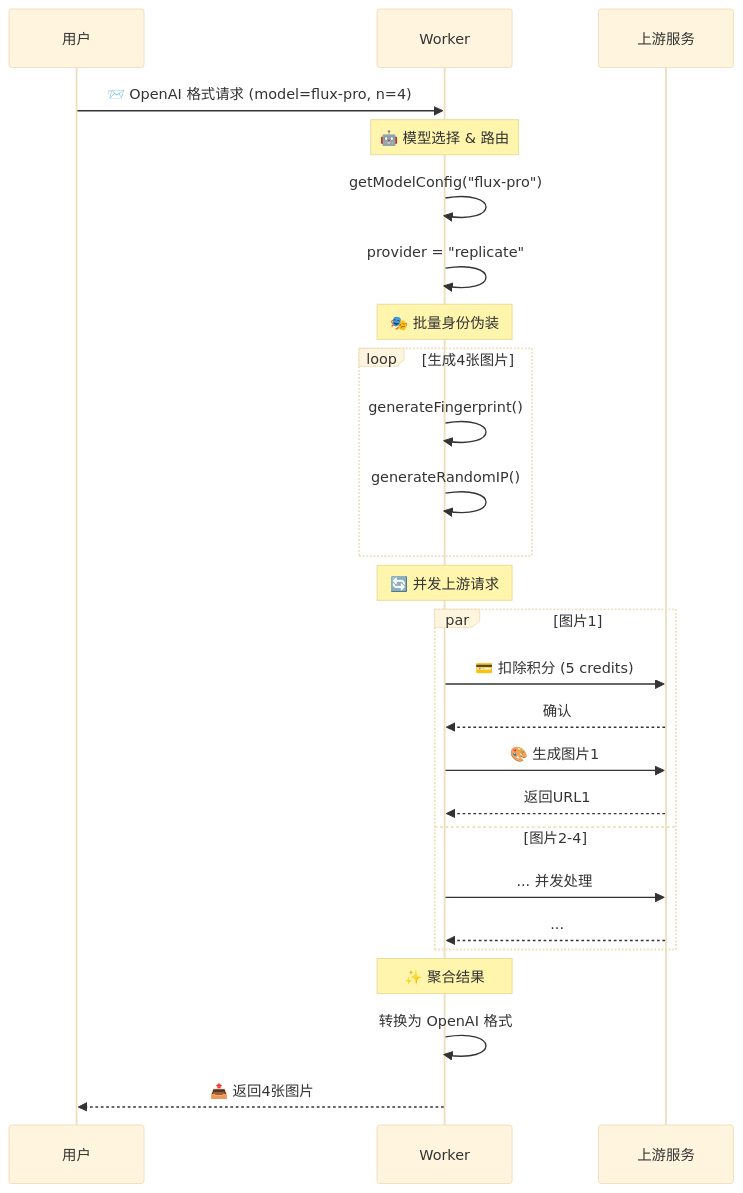
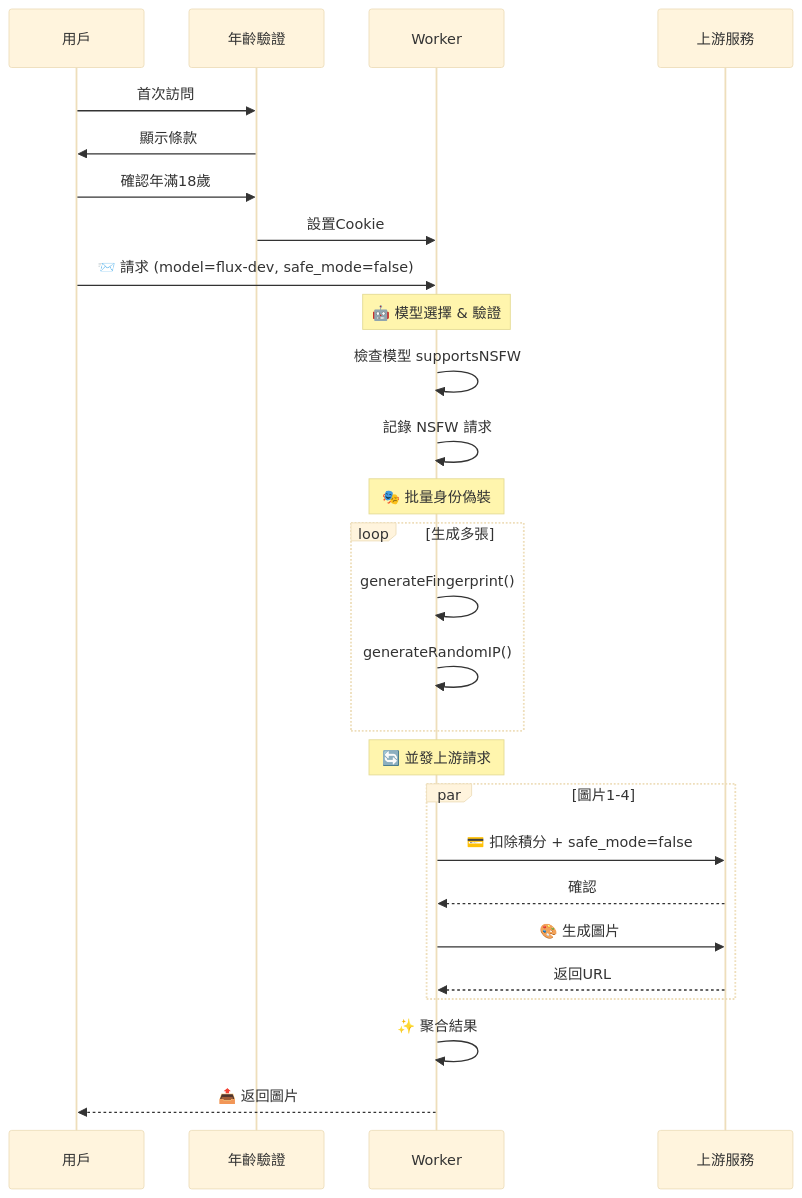
The second of 2 diagrams in README.md (kinai9661/fluxai), drawn with Mermaid (base theme) before and after one commit. The commit also changed other lines of this file, not shown here.

````diff
--- a/README.md
+++ b/README.md
@@ -240,32 +312,34 @@
 ```mermaid
 sequenceDiagram
-    participant U as 用户
+    participant U as 用戶
+    participant V as 年齡驗證
     participant W as Worker
-    participant S as 上游服务
+    participant S as 上游服務
     
-    U->>W: 📨 OpenAI 格式请求 (model=flux-pro, n=4)
-    Note over W: 🤖 模型选择 & 路由
-    W->>W: getModelConfig("flux-pro")
-    W->>W: provider = "replicate"
+    U->>V: 首次訪問
+    V->>U: 顯示條款
+    U->>V: 確認年滿18歲
+    V->>W: 設置Cookie
     
-    Note over W: 🎭 批量身份伪装
-    loop 生成4张图片
+    U->>W: 📨 請求 (model=flux-dev, safe_mode=false)
+    Note over W: 🤖 模型選擇 & 驗證
+    W->>W: 檢查模型 supportsNSFW
+    W->>W: 記錄 NSFW 請求
+    
+    Note over W: 🎭 批量身份偽裝
+    loop 生成多張
         W->>W: generateFingerprint()
         W->>W: generateRandomIP()
     end
     
-    Note over W: 🔄 并发上游请求
-    par 图片1
-        W->>S: 💳 扣除积分 (5 credits)
-        S-->>W: 确认
-        W->>S: 🎨 生成图片1
-        S-->>W: 返回URL1
-    and 图片2-4
-        W->>S: ... 并发处理
-        S-->>W: ...
+    Note over W: 🔄 並發上游請求
+    par 圖片1-4
+        W->>S: 💳 扣除積分 + safe_mode=false
+        S-->>W: 確認
+        W->>S: 🎨 生成圖片
+        S-->>W: 返回URL
     end
     
-    Note over W: ✨ 聚合结果
-    W->>W: 转换为 OpenAI 格式
-    W-->>U: 📤 返回4张图片
+    W->>W: ✨ 聚合結果
+    W-->>U: 📤 返回圖片
 ```
````
